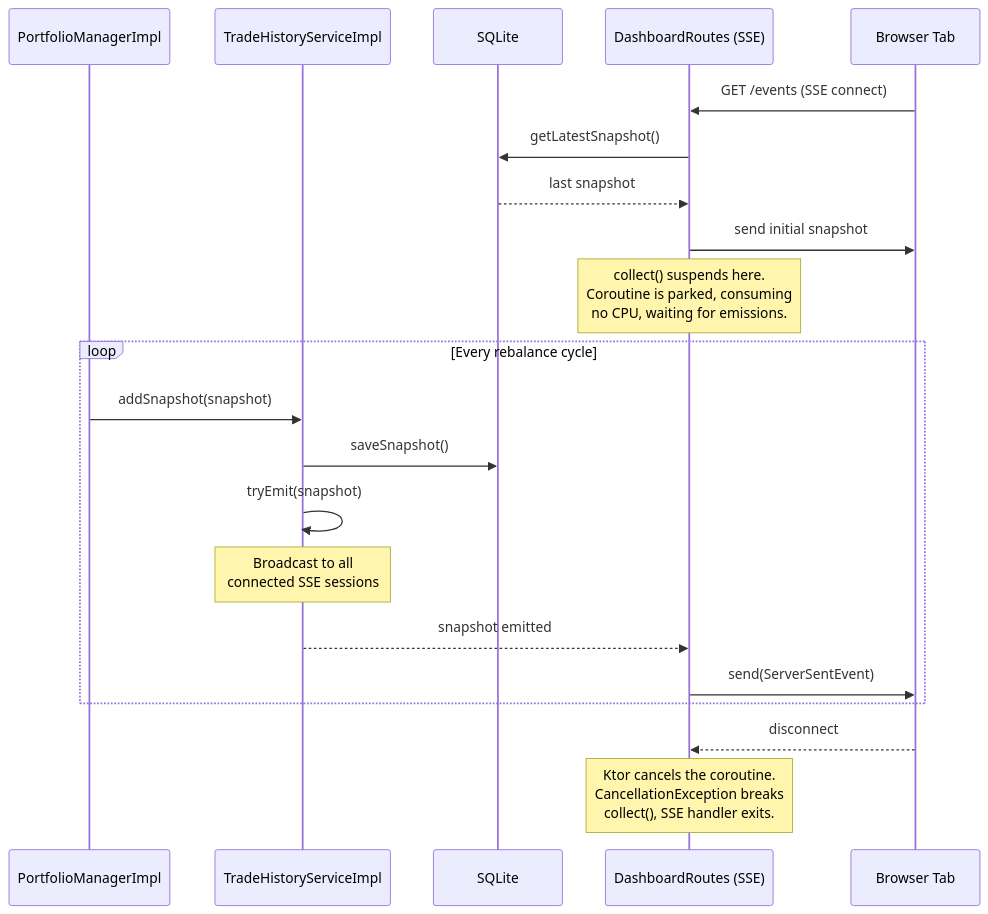
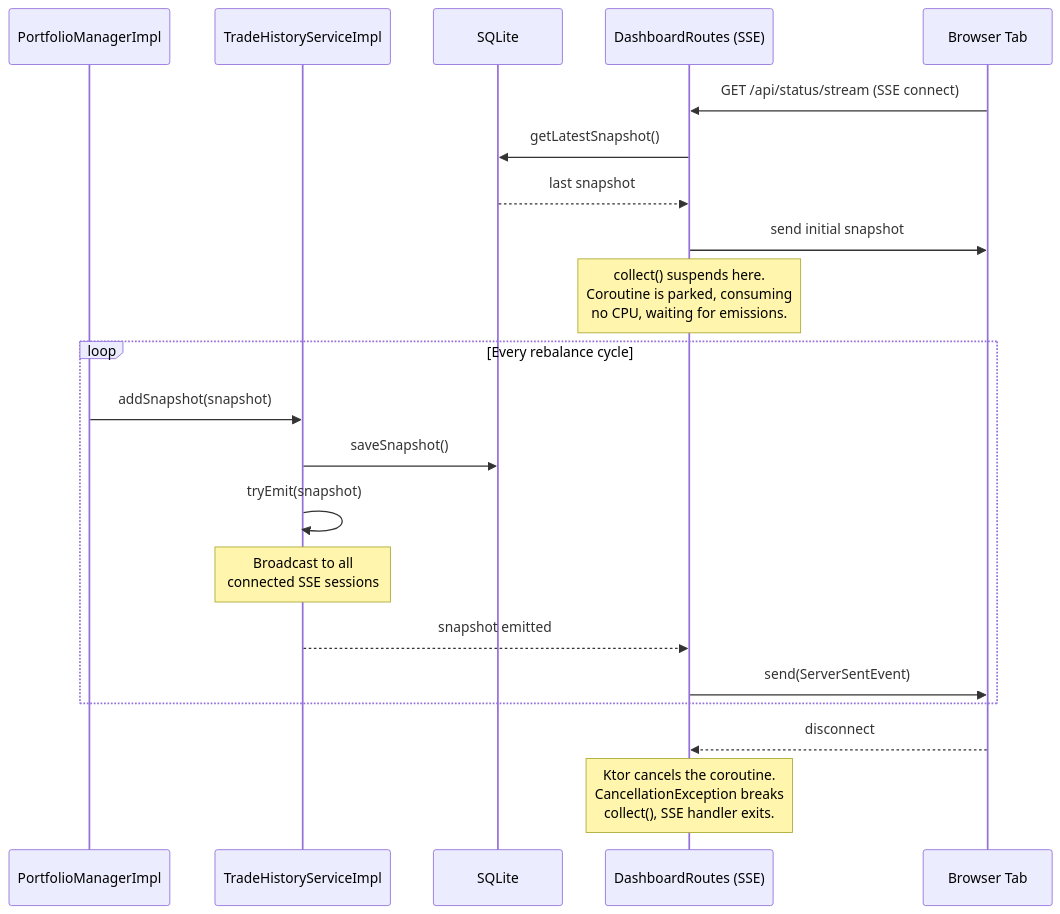
Before and after one commit to HyperVon/new-kraken-rebalancer: the third of 5 diagrams in docs/FLOWS.md, drawn with Mermaid. The commit also changed other lines of this file and 12 other files, not shown here.

````diff
--- a/docs/FLOWS.md
+++ b/docs/FLOWS.md
@@ -127,27 +127,27 @@
 ```mermaid
 sequenceDiagram
     participant PM as PortfolioManagerImpl
     participant THS as TradeHistoryServiceImpl
     participant DB as SQLite
     participant SSE as DashboardRoutes (SSE)
     participant Browser as Browser Tab
 
-    Browser->>SSE: GET /events (SSE connect)
+    Browser->>SSE: GET /api/status/stream (SSE connect)
     SSE->>DB: getLatestSnapshot()
     DB-->>SSE: last snapshot
     SSE->>Browser: send initial snapshot
 
     note over SSE: collect() suspends here.<br/>Coroutine is parked, consuming<br/>no CPU, waiting for emissions.
 
     loop Every rebalance cycle
         PM->>THS: addSnapshot(snapshot)
         THS->>DB: saveSnapshot()
         THS->>THS: tryEmit(snapshot)
         note over THS: Broadcast to all<br/>connected SSE sessions
         THS-->>SSE: snapshot emitted
         SSE->>Browser: send(ServerSentEvent)
     end
 
     Browser-->>SSE: disconnect
     note over SSE: Ktor cancels the coroutine.<br/>CancellationException breaks<br/>collect(), SSE handler exits.
 ```
````
